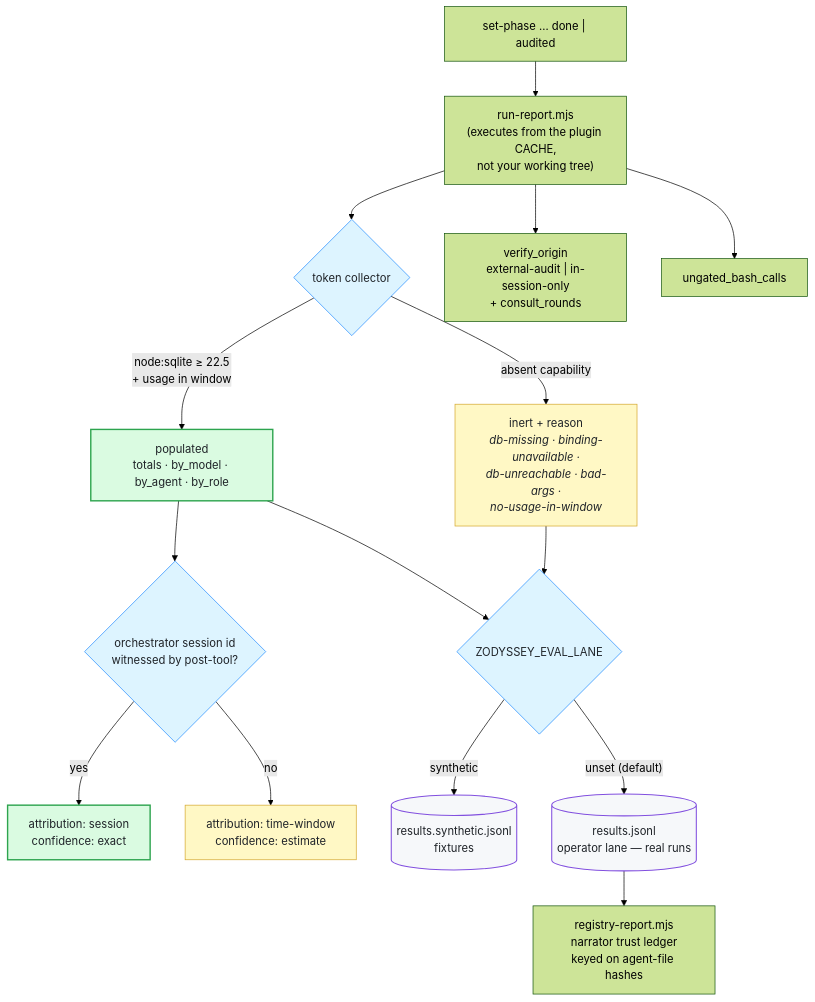
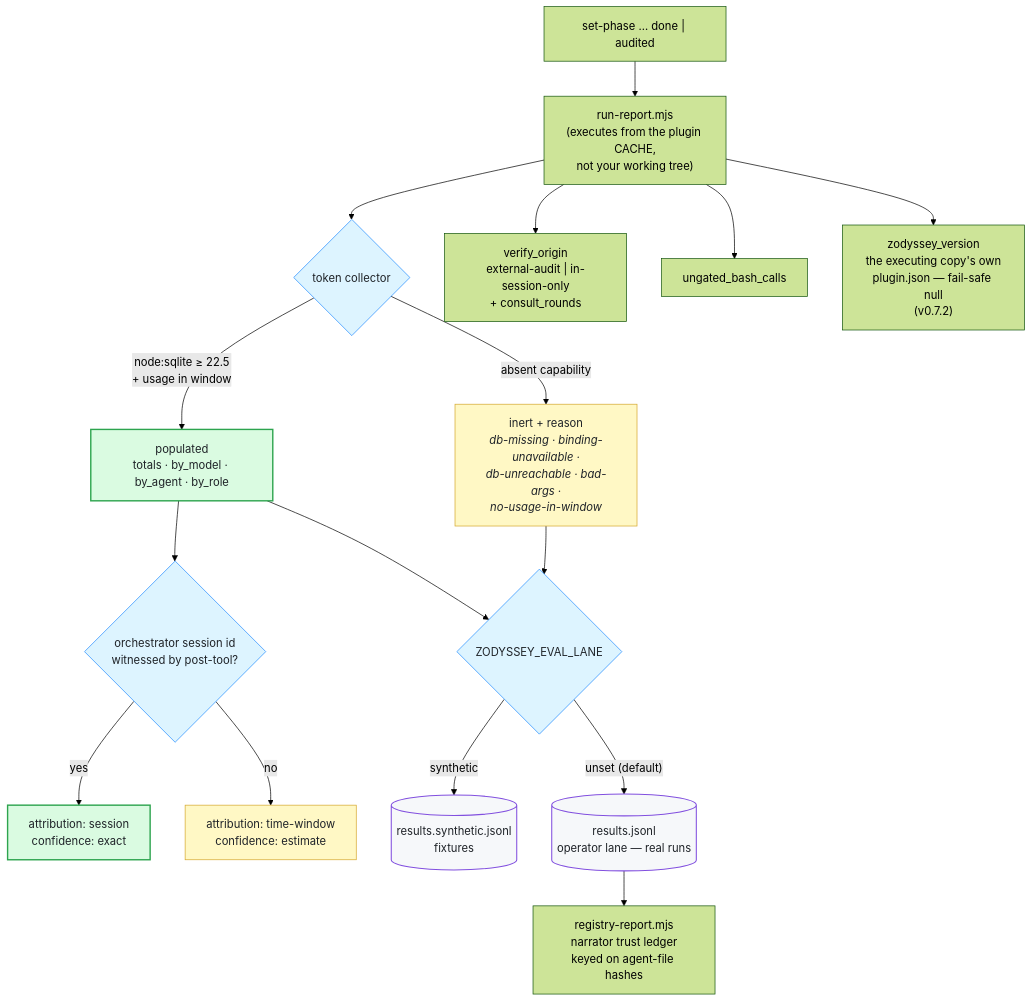
The sixth of 6 diagrams in docs/diagrams.md (amartinawi/zodyssey), drawn with Mermaid (forest theme) before and after one commit. The commit also changed other lines of this file and 2 other files, not shown here.

First line of the commit message:
docs: catch README, ROADMAP and diagrams up through v0.7.2

````diff
--- a/docs/diagrams.md
+++ b/docs/diagrams.md
@@ -230,29 +232,30 @@
 ```mermaid
 flowchart TD
     CLOSE["set-phase … done | audited"] --> RPT["run-report.mjs<br/>(executes from the plugin CACHE,<br/>not your working tree)"]
     RPT --> TOK{"token collector"}
     TOK -- "node:sqlite ≥ 22.5<br/>+ usage in window" --> POP["populated<br/>totals · by_model · by_agent · by_role"]
     TOK -- "absent capability" --> INERT["inert + reason<br/><i>db-missing · binding-unavailable ·<br/>db-unreachable · bad-args ·<br/>no-usage-in-window</i>"]
     POP --> SCOPE2{"orchestrator session id<br/>witnessed by post-tool?"}
     SCOPE2 -- "yes" --> EXACT["attribution: session<br/>confidence: exact"]
     SCOPE2 -- "no" --> EST["attribution: time-window<br/>confidence: estimate"]
 
     RPT --> ORIG["verify_origin<br/>external-audit | in-session-only<br/>+ consult_rounds"]
     RPT --> UNG["ungated_bash_calls"]
+    RPT --> ZVER["zodyssey_version<br/>the executing copy's own<br/>plugin.json — fail-safe null<br/>(v0.7.2)"]
 
     POP --> LANE{"ZODYSSEY_EVAL_LANE"}
     INERT --> LANE
     LANE -- "synthetic" --> SYN[("results.synthetic.jsonl<br/>fixtures")]
     LANE -- "unset (default)" --> OPS[("results.jsonl<br/>operator lane — real runs")]
 
     OPS --> REG["registry-report.mjs<br/>narrator trust ledger<br/>keyed on agent-file hashes"]
 
     classDef good fill:#dafbe1,stroke:#2da44e,stroke-width:2px,color:#1f2328;
     classDef warn fill:#fff8c5,stroke:#d4a72c,color:#1f2328;
     classDef store fill:#f6f8fa,stroke:#8250df,stroke-width:1.5px,color:#1f2328;
     classDef decision fill:#ddf4ff,stroke:#218bff,color:#1f2328;
     class POP,EXACT good;
     class INERT,EST warn;
     class SYN,OPS store;
     class TOK,SCOPE2,LANE decision;
 ```
````
